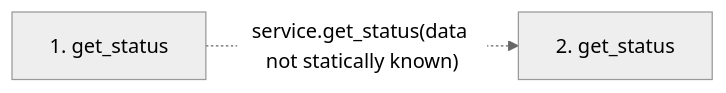
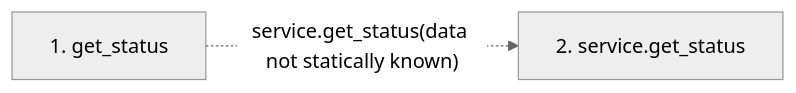
The second of 2 diagrams in docs/llm_wiki/flows/mcp-get_status.md (Denissvgn/python-wiki-llm), drawn with Mermaid (neutral theme) before and after one commit. The commit also changed other lines of this file and 719 other files, not shown here.

````diff
--- a/docs/llm_wiki/flows/mcp-get_status.md
+++ b/docs/llm_wiki/flows/mcp-get_status.md
@@ -19,7 +20,7 @@
 ```mermaid
 flowchart LR
     s1["1. get_status"]
-    s2["2. get_status"]
+    s2["2. service.get_status"]
     s1 -. "service.get_status(data not statically known)" .-> s2
     click s1 "../modules/mcp_server.md"
 ```
````
